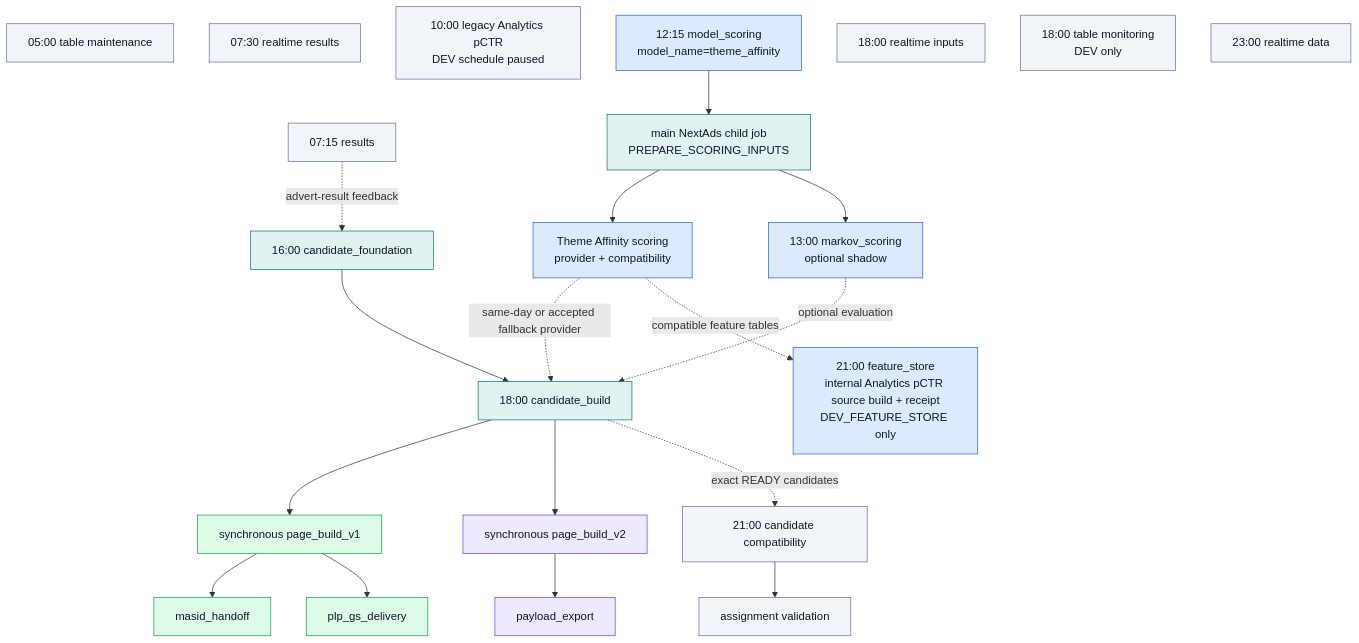
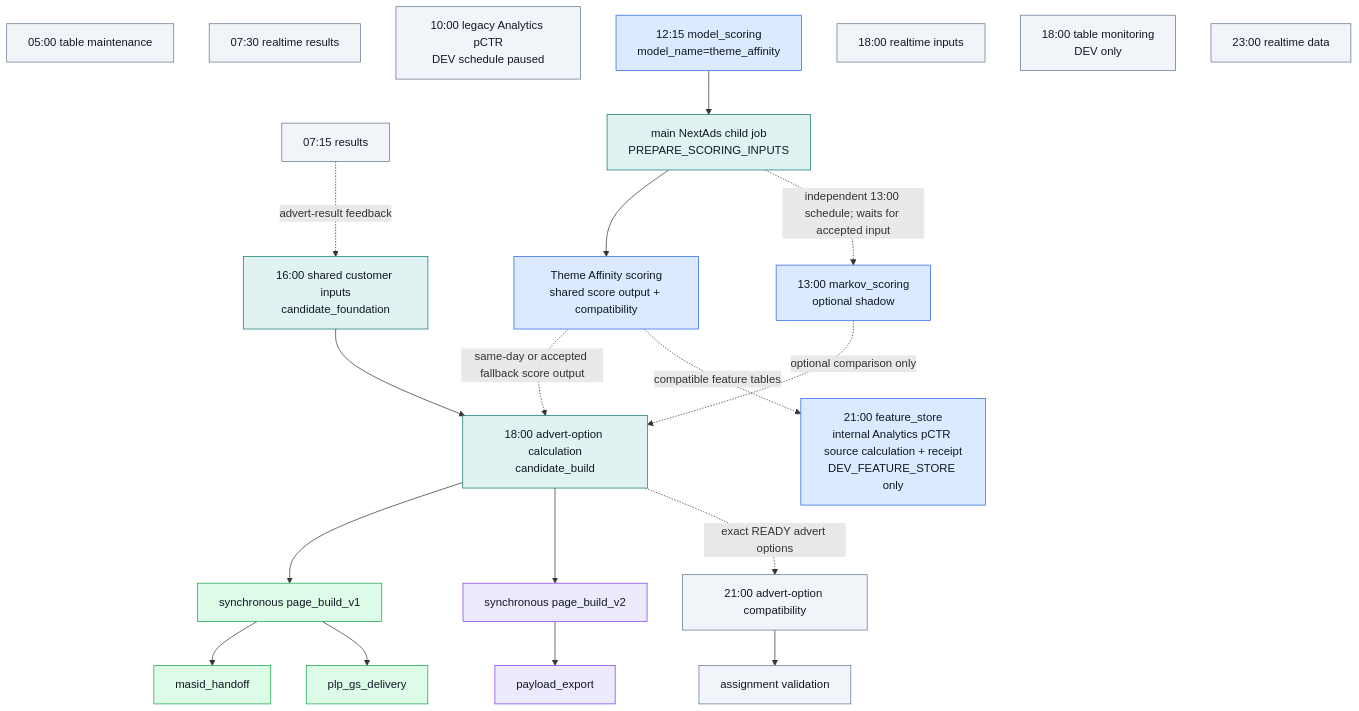
The second of 8 diagrams in docs/CICD/nextads_databricks_runtime_map.md (swblain-glyndwr/personal_project), drawn with Mermaid before and after one commit. The commit also changed other lines of this file and 23 other files, not shown here.

Commit message:
Document the complete NextAds operational flow

````diff
--- a/docs/CICD/nextads_databricks_runtime_map.md
+++ b/docs/CICD/nextads_databricks_runtime_map.md
@@ -141,45 +152,45 @@
 ```mermaid
 flowchart TD
   classDef sharedModel fill:#dbeafe,stroke:#2563eb,color:#111827
   classDef sharedTask fill:#e0f2f1,stroke:#0f766e,color:#111827
   classDef v1 fill:#dcfce7,stroke:#16a34a,color:#111827
   classDef v2 fill:#ede9fe,stroke:#7c3aed,color:#111827
   classDef reporting fill:#f1f5f9,stroke:#64748b,color:#111827
 
   maintenance["05:00 table maintenance"]:::reporting
   results["07:15 results"]:::reporting
   realtime_results["07:30 realtime results"]:::reporting
   legacy_pctr["10:00 legacy Analytics pCTR<br/>DEV schedule paused"]:::reporting
   model_scoring["12:15 model_scoring<br/>model_name=theme_affinity"]:::sharedModel
   theme_inputs["main NextAds child job<br/>PREPARE_SCORING_INPUTS"]:::sharedTask
-  theme_affinity["Theme Affinity scoring<br/>provider + compatibility"]:::sharedModel
+  theme_affinity["Theme Affinity scoring<br/>shared score output + compatibility"]:::sharedModel
   markov["13:00 markov_scoring<br/>optional shadow"]:::sharedModel
-  candidate_foundation["16:00 candidate_foundation"]:::sharedTask
-  candidate["18:00 candidate_build"]:::sharedTask
-  candidate_compat["21:00 candidate compatibility"]:::reporting
+  candidate_foundation["16:00 shared customer inputs<br/>candidate_foundation"]:::sharedTask
+  candidate["18:00 advert-option calculation<br/>candidate_build"]:::sharedTask
+  candidate_compat["21:00 advert-option compatibility"]:::reporting
   realtime_inputs["18:00 realtime inputs"]:::reporting
   table_monitor["18:00 table monitoring<br/>DEV only"]:::reporting
   page_build["synchronous page_build_v1"]:::v1
   page_build_v2["synchronous page_build_v2"]:::v2
   assignment_validation["assignment validation"]:::reporting
   masid["masid_handoff"]:::v1
   payload["payload_export"]:::v2
   plp["plp_gs_delivery"]:::v1
-  feature_store["21:00 feature_store<br/>internal Analytics pCTR source build + receipt<br/>DEV_FEATURE_STORE only"]:::sharedModel
+  feature_store["21:00 feature_store<br/>internal Analytics pCTR source calculation + receipt<br/>DEV_FEATURE_STORE only"]:::sharedModel
   realtime_data["23:00 realtime data"]:::reporting
 
   model_scoring --> theme_inputs --> theme_affinity
-  theme_inputs --> markov
+  theme_inputs -. "independent 13:00 schedule; waits for accepted input" .-> markov
   results -. advert-result feedback .-> candidate_foundation
-  theme_affinity -. same-day or accepted fallback provider .-> candidate
+  theme_affinity -. same-day or accepted fallback score output .-> candidate
   candidate_foundation --> candidate
-  markov -. optional evaluation .-> candidate
+  markov -. optional comparison only .-> candidate
   candidate --> page_build
   candidate --> page_build_v2
-  candidate -. exact READY candidates .-> candidate_compat
+  candidate -. exact READY advert options .-> candidate_compat
   candidate_compat --> assignment_validation
   page_build --> masid
   page_build --> plp
   page_build_v2 --> payload
   theme_affinity -. compatible feature tables .-> feature_store
 ```
````
